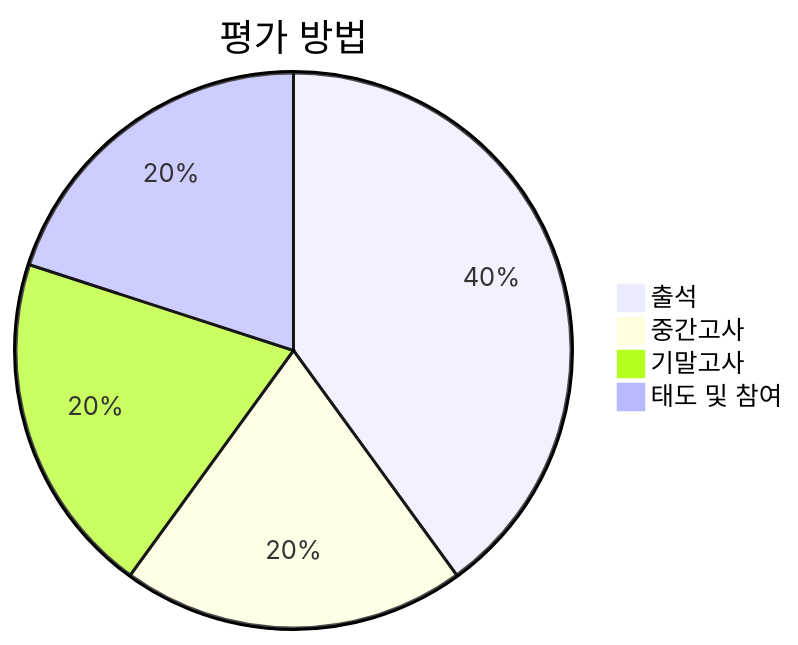
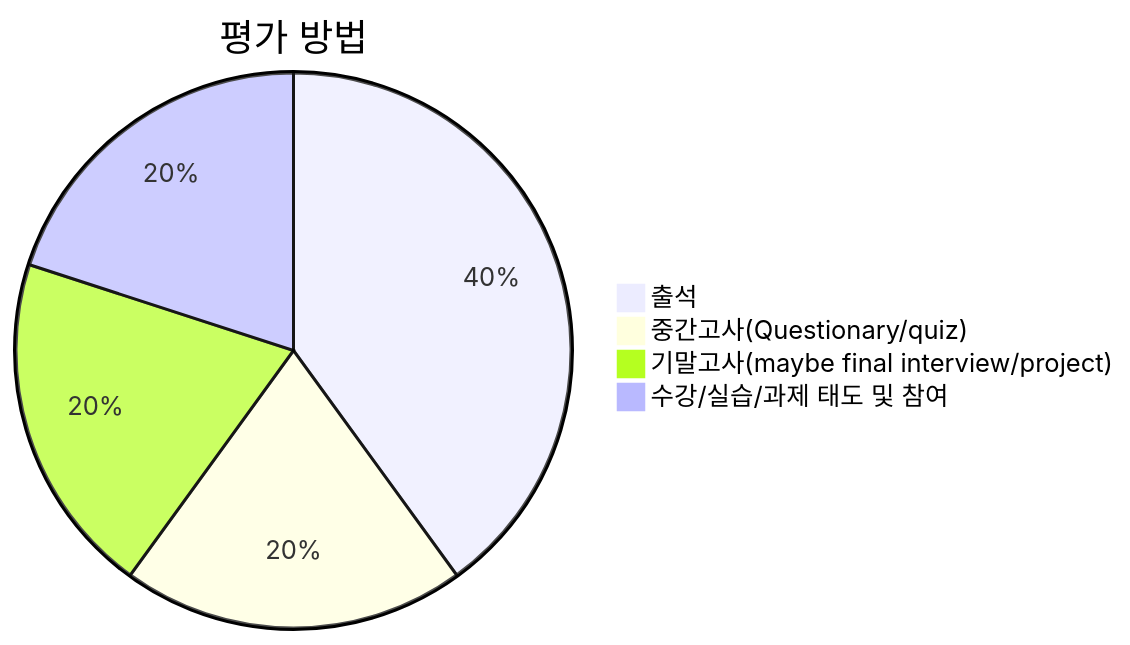
One commit to youngung/youngung.github.io changed the second of 4 diagrams in _lectures/1_2_data_mse.md. Above: the diagram before and after it, drawn with Mermaid. The commit also changed other lines of this file, not shown here.

````diff
--- a/_lectures/1_2_data_mse.md
+++ b/_lectures/1_2_data_mse.md
@@ -192,7 +181,7 @@
 ```mermaid
 pie title 평가 방법
     "출석" : 40
-    "중간고사" : 20
-    "기말고사" : 20
-    "태도 및 참여" : 20
+    "중간고사(Questionary/quiz)" : 20
+    "기말고사(maybe final interview/project)" : 20
+    "수강/실습/과제 태도 및 참여" : 20
 ```
````
